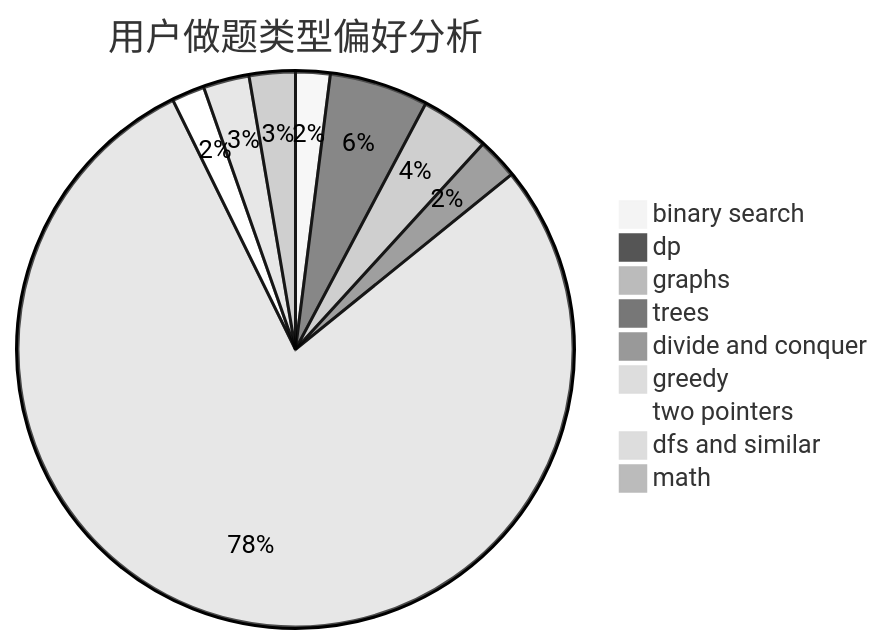
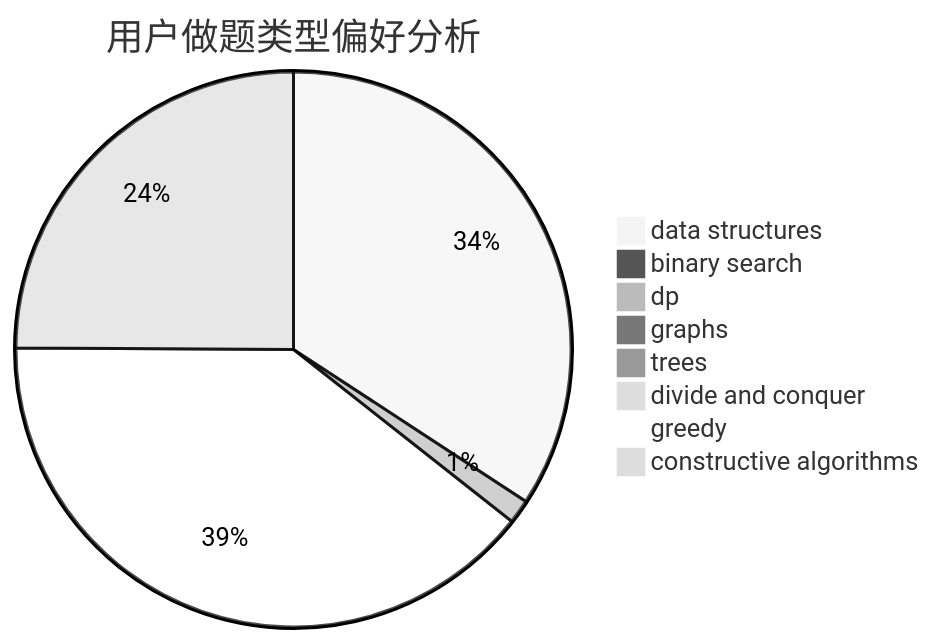
Before and after one commit to sherpahu/cfrs.github.io: the second of 3 diagrams in docs/user/u983.md, drawn with Mermaid (neutral theme). The commit also changed other lines of this file and 2775 other files, not shown here.

````diff
--- a/docs/user/u983.md
+++ b/docs/user/u983.md
@@ -23,12 +23,11 @@
 ```mermaid
 pie title 用户做题类型偏好分析
-    "binary search" :  21
-    "dp" :  60
-    "graphs" :  42
-    "trees" :  25
-    "divide and conquer" :  2
-    "greedy" :  821
-    "two pointers" :  20
-    "dfs and similar" :  28
-    "math" :  28
+    "data structures" :  684
+    "binary search" :  13
+    "dp" :  28
+    "graphs" :  19
+    "trees" :  2
+    "divide and conquer" :  0
+    "greedy" :  789
+    "constructive algorithms" :  498
 ```
````
